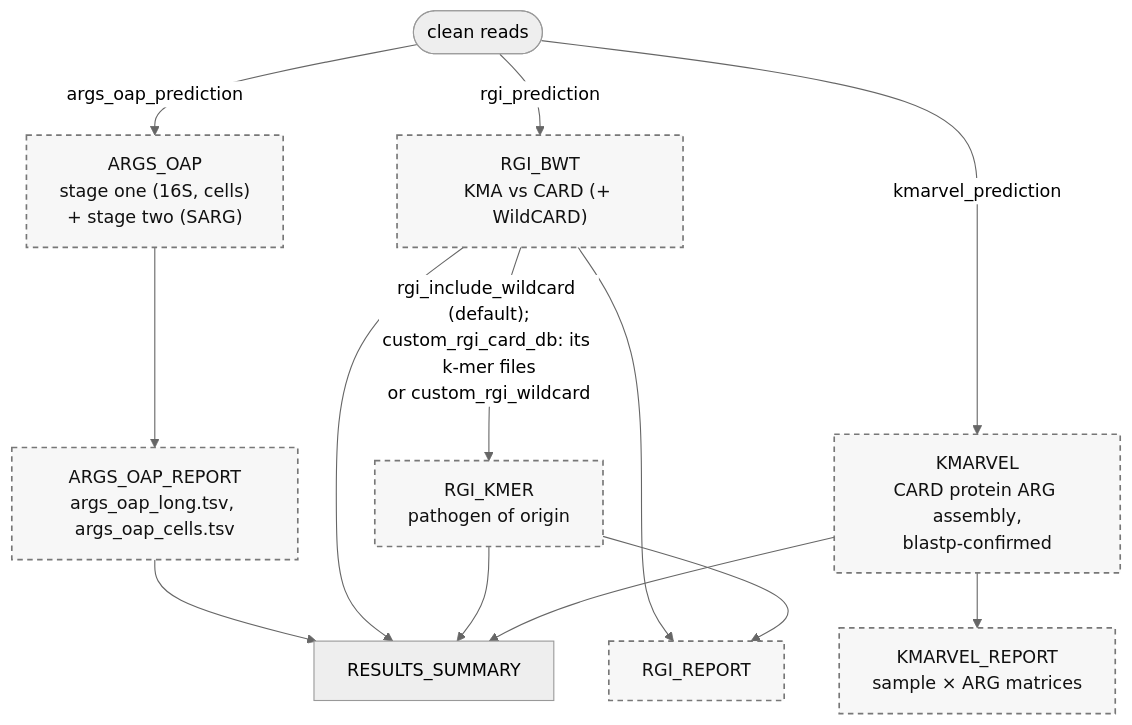
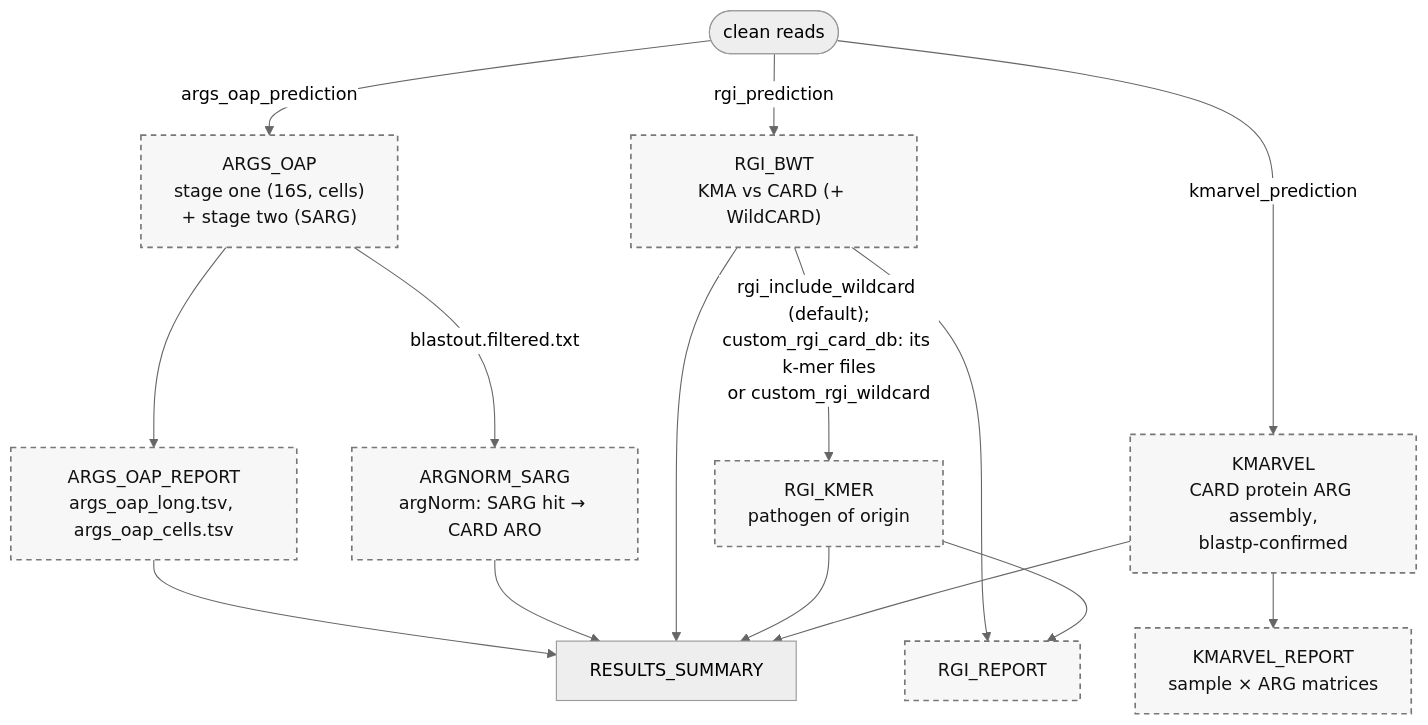
The sixth of 14 diagrams in docs/WORKFLOW_DIAGRAM.md (gene2dis/BugBuster), drawn with Mermaid (neutral theme) before and after one commit. The commit also changed other lines of this file and 16 other files, not shown here.

First line of the commit message:
feat(arg): argNorm 1.1.0 module for ARGs-OAP and DeepARG hits (AR4)

````diff
--- a/docs/WORKFLOW_DIAGRAM.md
+++ b/docs/WORKFLOW_DIAGRAM.md
@@ -256,19 +260,20 @@
 ```mermaid
 flowchart TD
     Clean(["clean reads"])
     Clean -->|args_oap_prediction| ARGS_OAP["ARGS_OAP<br/>stage one (16S, cells)<br/>+ stage two (SARG)"]
     ARGS_OAP --> ARGS_OAP_REPORT["ARGS_OAP_REPORT<br/>args_oap_long.tsv, args_oap_cells.tsv"]
+    ARGS_OAP -->|blastout.filtered.txt| ARGNORM_SARG["ARGNORM_SARG<br/>argNorm: SARG hit → CARD ARO"]
 
     Clean -->|rgi_prediction| RGI_BWT["RGI_BWT<br/>KMA vs CARD (+ WildCARD)"]
     RGI_BWT -->|"rgi_include_wildcard (default);<br/>custom_rgi_card_db: its k-mer files<br/>or custom_rgi_wildcard"| RGI_KMER["RGI_KMER<br/>pathogen of origin"]
     RGI_BWT --> RGI_REPORT
     RGI_KMER --> RGI_REPORT
 
     Clean -->|kmarvel_prediction| KMARVEL["KMARVEL<br/>CARD protein ARG assembly,<br/>blastp-confirmed"]
     KMARVEL --> KMARVEL_REPORT["KMARVEL_REPORT<br/>sample × ARG matrices"]
 
-    ARGS_OAP_REPORT & RGI_BWT & RGI_KMER & KMARVEL --> RESULTS_SUMMARY
+    ARGS_OAP_REPORT & ARGNORM_SARG & RGI_BWT & RGI_KMER & KMARVEL --> RESULTS_SUMMARY
 
     classDef opt fill:#F7F7F7,stroke:#777,stroke-width:1.5px,stroke-dasharray:5 4,color:#111
-    class ARGS_OAP,ARGS_OAP_REPORT,RGI_BWT,RGI_KMER,RGI_REPORT,KMARVEL,KMARVEL_REPORT opt
+    class ARGS_OAP,ARGS_OAP_REPORT,ARGNORM_SARG,RGI_BWT,RGI_KMER,RGI_REPORT,KMARVEL,KMARVEL_REPORT opt
 ```
````
